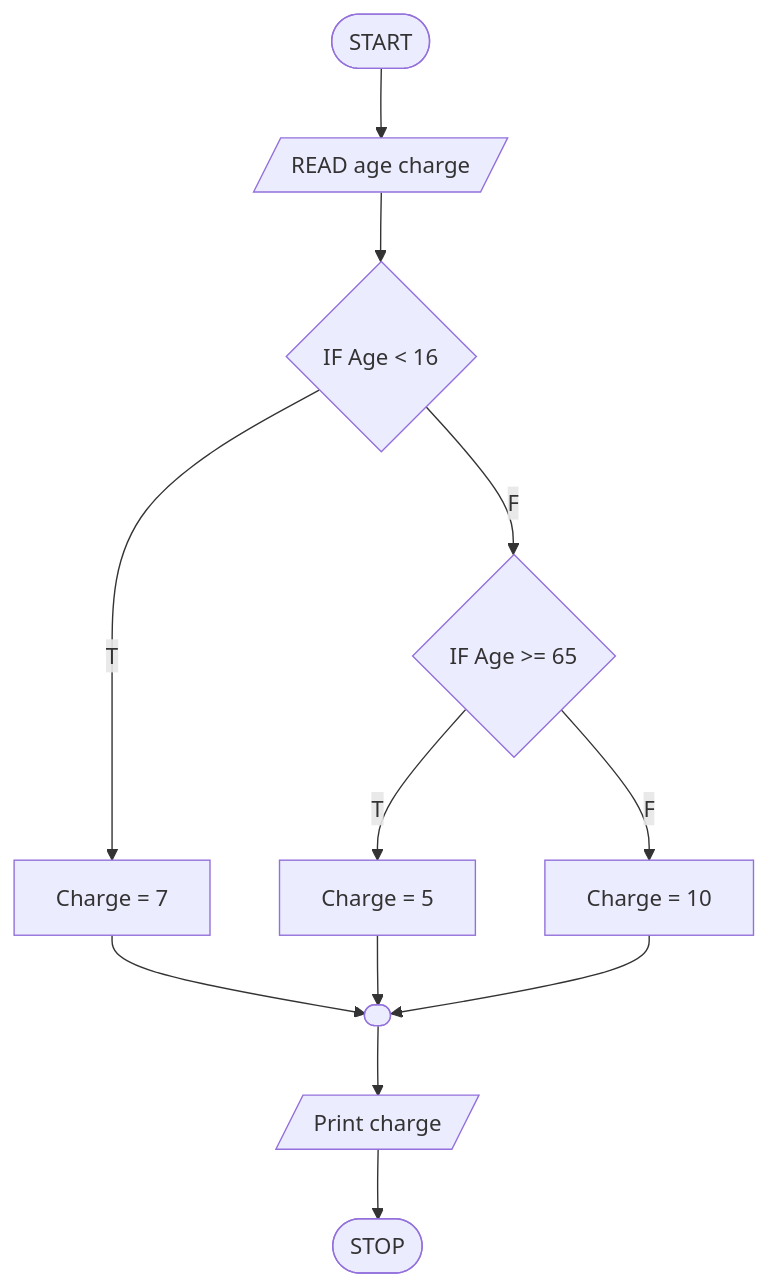
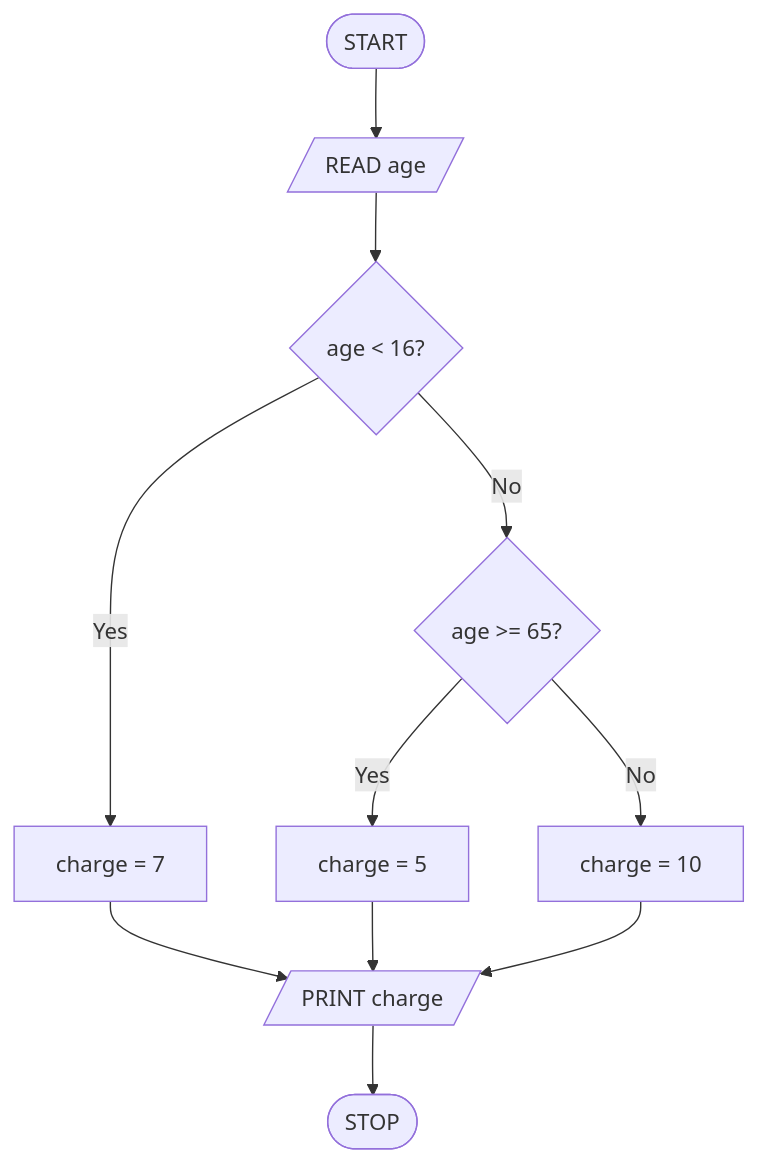
One commit to udsfgecw/website changed diagram 12 of 13 in src/features/notes/python-module-2/notes.md. Above: the diagram before and after it, drawn with Mermaid. The commit also changed other lines of this file and 2 other files, not shown here.

````diff
--- a/src/features/notes/python-module-2/notes.md
+++ b/src/features/notes/python-module-2/notes.md
@@ -1178,14 +827,13 @@
 ```mermaid
 flowchart TD
-    A([START]) --> B[/READ age charge/]
-    B --> C{IF Age < 16}
-    C -- T --> D[Charge = 7]
-    C -- F --> E{IF Age >= 65}
-    E -- T --> F[Charge = 5]
-    E -- F --> G[Charge = 10]
-    D --> H([ ])
+    A([START]) --> B[/READ age/]
+    B --> C{age < 16?}
+    C -- Yes --> D[charge = 7]
+    C -- No --> E{age >= 65?}
+    E -- Yes --> F[charge = 5]
+    E -- No --> G[charge = 10]
+    D --> H[/PRINT charge/]
     F --> H
     G --> H
-    H --> I[/Print charge/]
-    I --> J([STOP])
+    H --> I([STOP])
 ```
````
